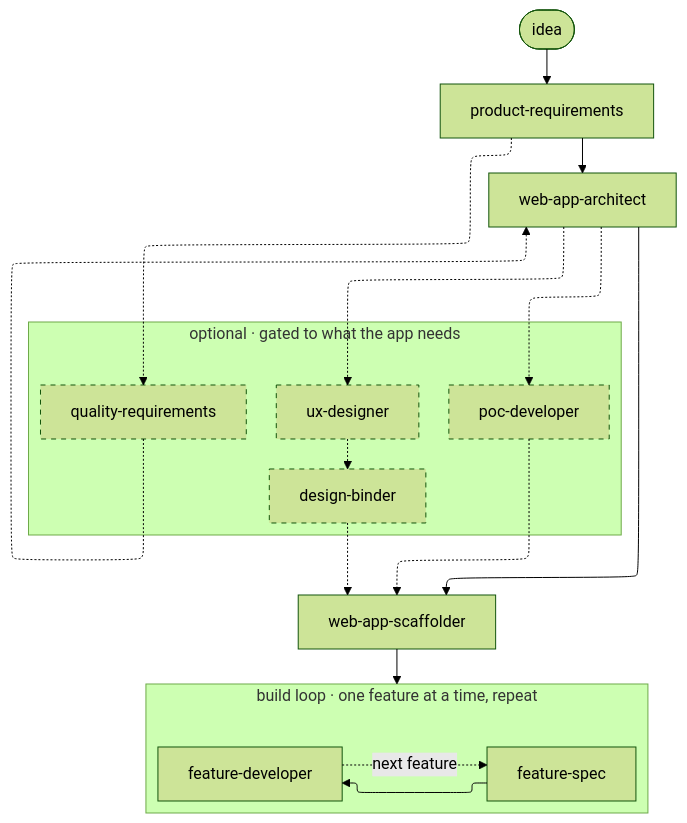
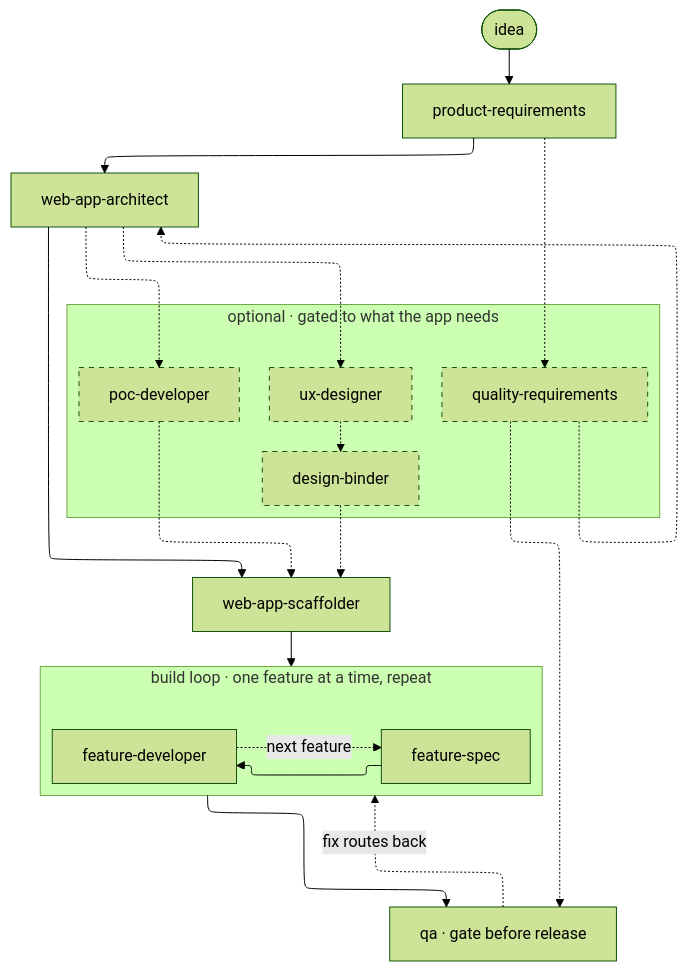
Before and after one commit to staizen-epi/project-builder-skills: the first of 2 diagrams in README.md, drawn with Mermaid (forest theme). The commit also changed other lines of this file and 18 other files, not shown here.

````diff
--- a/README.md
+++ b/README.md
@@ -9,33 +9,37 @@
 ```mermaid
 %%{init: {"flowchart": {"defaultRenderer": "elk"}} }%%
 flowchart TD
     IDEA([idea]) --> PRD[product-requirements]
     PRD --> ARCH[web-app-architect]
     ARCH --> SCAF[web-app-scaffolder]
     SCAF --> LOOP
+    LOOP --> QA[qa · gate before release]
 
     subgraph OPT [optional · gated to what the app needs]
         direction TB
         QUAL[quality-requirements]
         POC[poc-developer]
         UX[ux-designer]
         BIND[design-binder]
         UX -.-> BIND
     end
 
     PRD -.-> QUAL
     QUAL -.-> ARCH
     ARCH -.-> POC
     POC -.-> SCAF
     ARCH -.-> UX
     BIND -.-> SCAF
+    QUAL -.-> QA
 
     subgraph LOOP [build loop · one feature at a time, repeat]
         direction LR
         SPEC[feature-spec] --> DEV[feature-developer]
         DEV -. next feature .-> SPEC
     end
 
+    QA -. fix routes back .-> LOOP
+
     classDef optional stroke-dasharray: 5 5;
     class QUAL,POC,UX,BIND optional;
 ```
````
